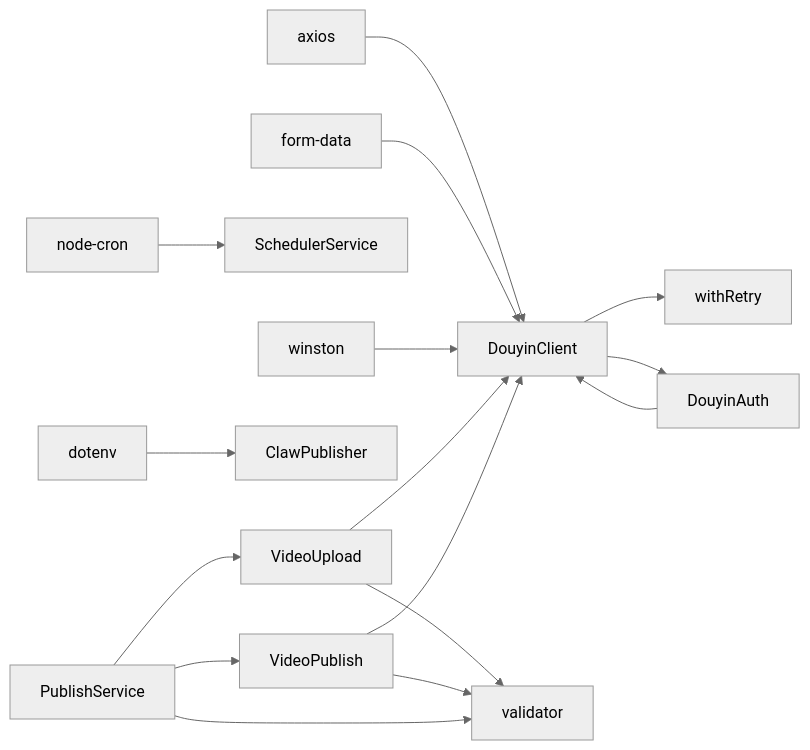
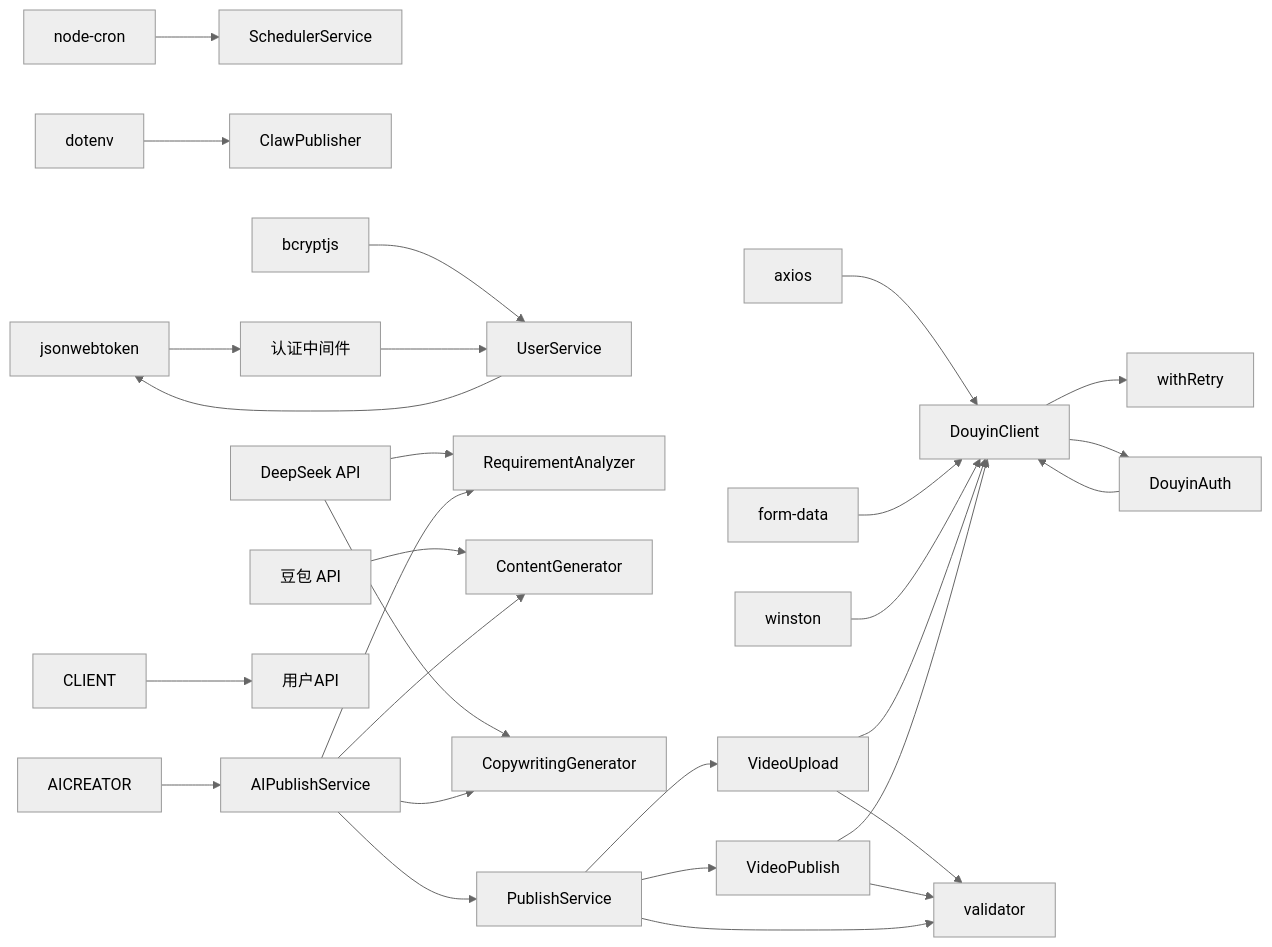
The ninth of 9 diagrams in .qoder/repowiki/zh/content/API参考文档/抖音客户端API.md (songdiyang/clawOperations), drawn with Mermaid (neutral theme) before and after one commit. The commit also changed other lines of this file and 47 other files, not shown here.

First line of the commit message:
feat: 添加服务器部署配置、MCP Server、应用图标和UI优化

````diff
--- a/.qoder/repowiki/zh/content/API参考文档/抖音客户端API.md
+++ b/.qoder/repowiki/zh/content/API参考文档/抖音客户端API.md
@@ -344,18 +643,31 @@
 ```mermaid
 graph LR
 AX["axios"] --> DC["DouyinClient"]
 FD["form-data"] --> DC
 NC["node-cron"] --> SS["SchedulerService"]
 WIN["winston"] --> DC
 DOT["dotenv"] --> IDX["ClawPublisher"]
+JWT["jsonwebtoken"] --> AUTHMW["认证中间件"]
+BCRYPT["bcryptjs"] --> USERSVC["UserService"]
+DEEP["DeepSeek API"] --> REQ["RequirementAnalyzer"]
+DOUB["豆包 API"] --> CONTENT["ContentGenerator"]
+DEEP --> COPY["CopywritingGenerator"]
 DC --> RT["withRetry"]
 DC --> AUTH["DouyinAuth"]
 AUTH --> DC
 PS["PublishService"] --> UP["VideoUpload"]
 PS --> PUB["VideoPublish"]
 UP --> DC
 PUB --> DC
 UP --> VD["validator"]
 PUB --> VD
 PS --> VD
+AIPUB["AIPublishService"] --> REQ
+AIPUB --> CONTENT
+AIPUB --> COPY
+AIPUB --> PS
+USERSVC --> JWT
+AUTHMW --> USERSVC
+CLIENT --> USERAPI["用户API"]
+AICREATOR --> AIPUB
 ```
````
